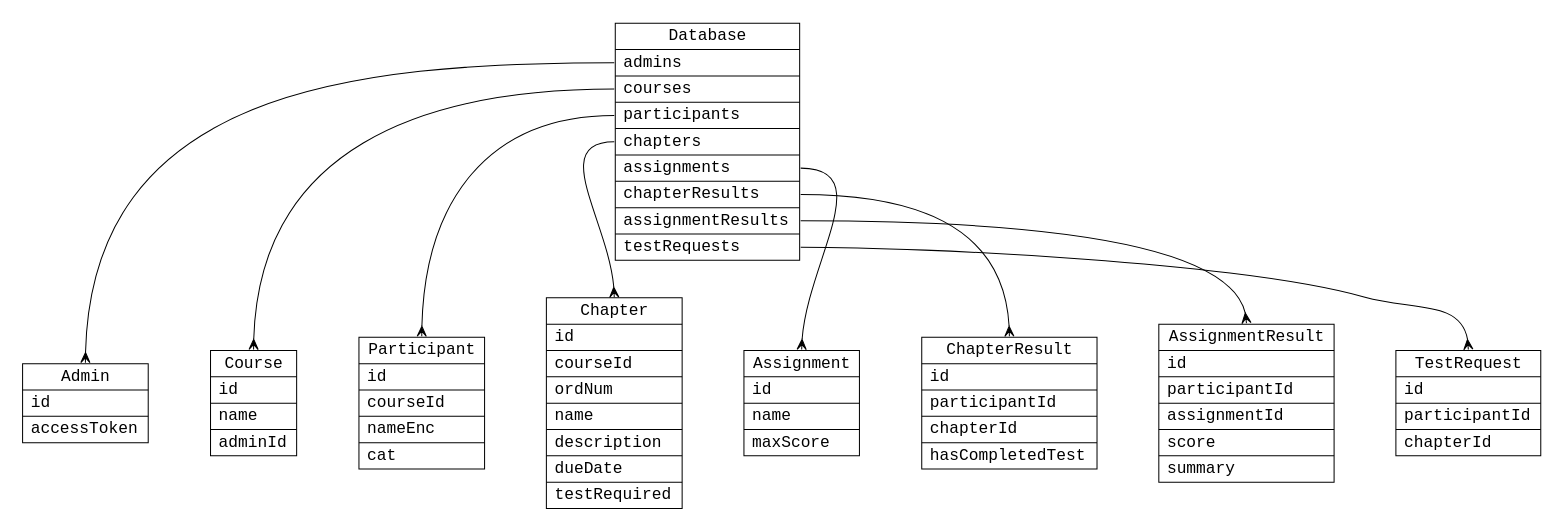
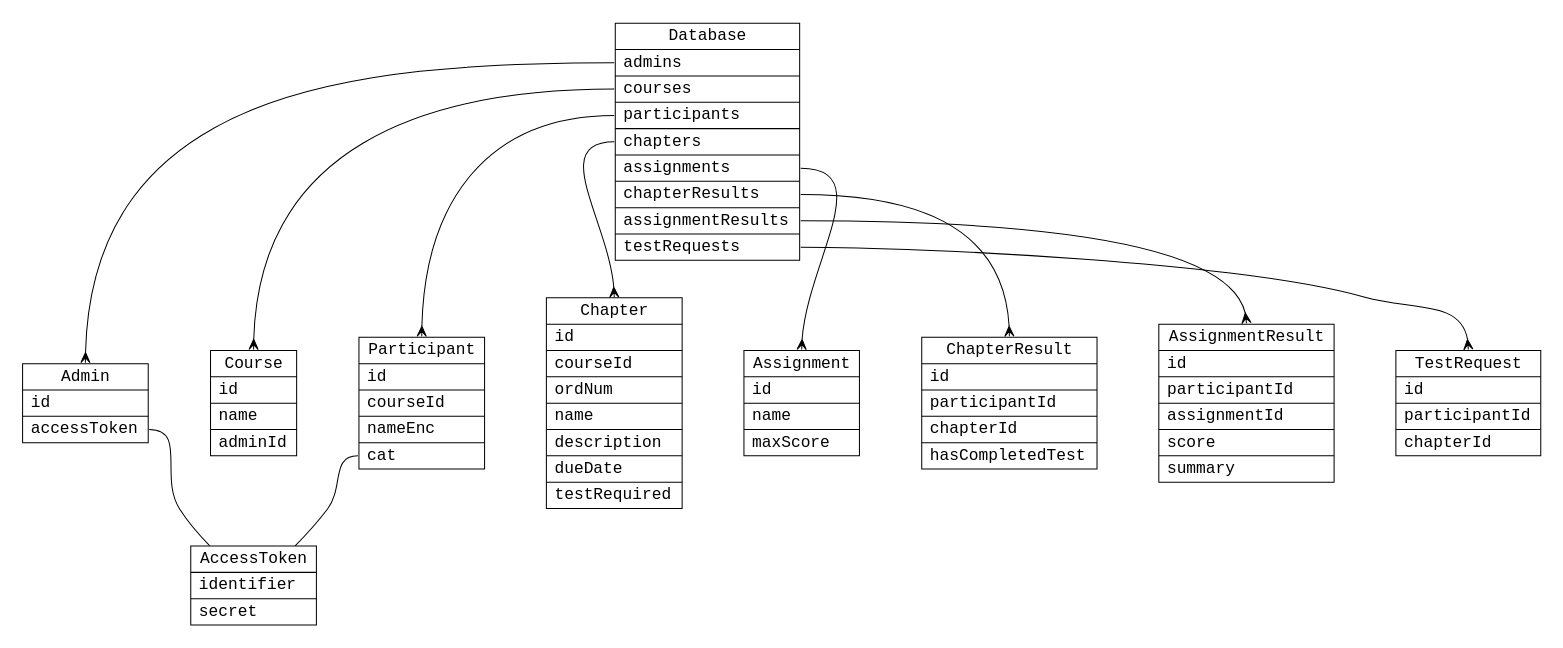
The diagram in doc/data_model.dot (T0astBread/EasyMark), drawn with Graphviz before and after one commit. The commit also changed 18 other files, not shown here.

```diff
--- a/doc/data_model.dot
+++ b/doc/data_model.dot
@@ -1,113 +1,123 @@
 digraph G {
     graph [pad=".2",nodesep=".85",ranksep=".5"]
     fontname="monospace"
 	fontsize=16
 
 	node [
     	fontname="monospace"
 		fontsize=16
 		shape="record"
 	]
 
 	edge [
     	fontname="monospace"
 		fontsize=16
 	]
 
 
 
 	Database [
 		label="{\N
 		|<admins> admins\l
 		|<courses> courses\l
 		|<participants> participants\l
 		|<chapters> chapters\l
 		|<assignments> assignments\l
 		|<chapterResults> chapterResults\l
 		|<assignmentResults> assignmentResults\l
 		|<testRequests> testRequests\l
 		}"
 	]
 
 	Admin [
 		label="{\N
 		|<id> id\l
 		|<accessToken> accessToken\l
 		}"
 	]
 	
 	Course [
 		label="{\N
 		|<id> id\l
 		|name\l
 		|<adminId> adminId\l
 		}"
 	]
 
 	Participant [
 		label="{\N
 		|<id> id\l
 		|<courseId> courseId\l
 		|nameEnc\l
 		|<cat> cat\l
 		}"
 	]
 
 	Chapter [
 		label="{\N
 		|<id> id\l
 		|<courseId> courseId\l
 		|ordNum\l
 		|name\l
 		|description\l
 		|dueDate\l
 		|testRequired\l
 		}"
 	]
 
 	Assignment [
 		label="{\N
 		|<id> id\l
 		|name\l
 		|maxScore\l
 		}"
 	]
 
 	ChapterResult [
 		label="{\N
 		|<id> id\l
 		|<participantId> participantId\l
 		|<chapterId> chapterId\l
 		|hasCompletedTest\l
 		}"
 	]
 
 	AssignmentResult [
 		label="{\N
 		|<id> id\l
 		|<participantId> participantId\l
 		|<assignmentId> assignmentId\l
 		|score\l
 		|summary\l
 		}"
 	]
 
 	TestRequest [
 		label="{\N
 		|<id> id\l
 		|<participantId> participantId\l
 		|<chapterId> chapterId\l
 		}"
 	]
 
+	AccessToken [
+		label="{\N
+		|identifier\l
+		|secret\l
+		}"
+	]
+
 
 
 	Database:admins -> Admin:n [arrowhead="crow"]
 	Database:courses -> Course:n [arrowhead="crow"]
 	Database:participants -> Participant:n [arrowhead="crow"]
 	Database:chapters -> Chapter:n [arrowhead="crow"]
 	Database:assignments -> Assignment:n [arrowhead="crow"]
 	Database:chapterResults -> ChapterResult:n [arrowhead="crow"]
 	Database:assignmentResults -> AssignmentResult:n [arrowhead="crow"]
 	Database:testRequests -> TestRequest:n [arrowhead="crow"]
+
+	Admin:accessToken -> AccessToken [arrowhead="none"]
+	Participant:cat -> AccessToken [arrowhead="none"]
 }
```
